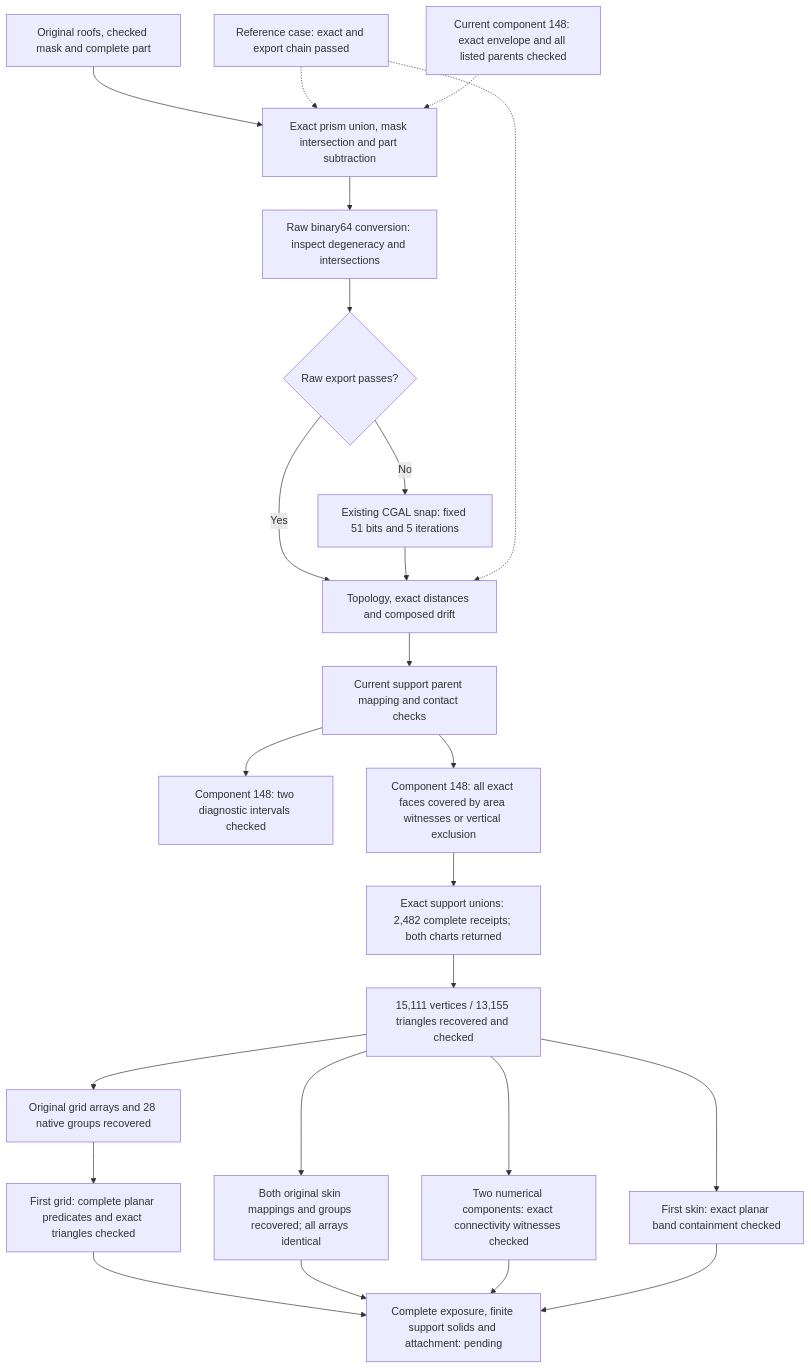
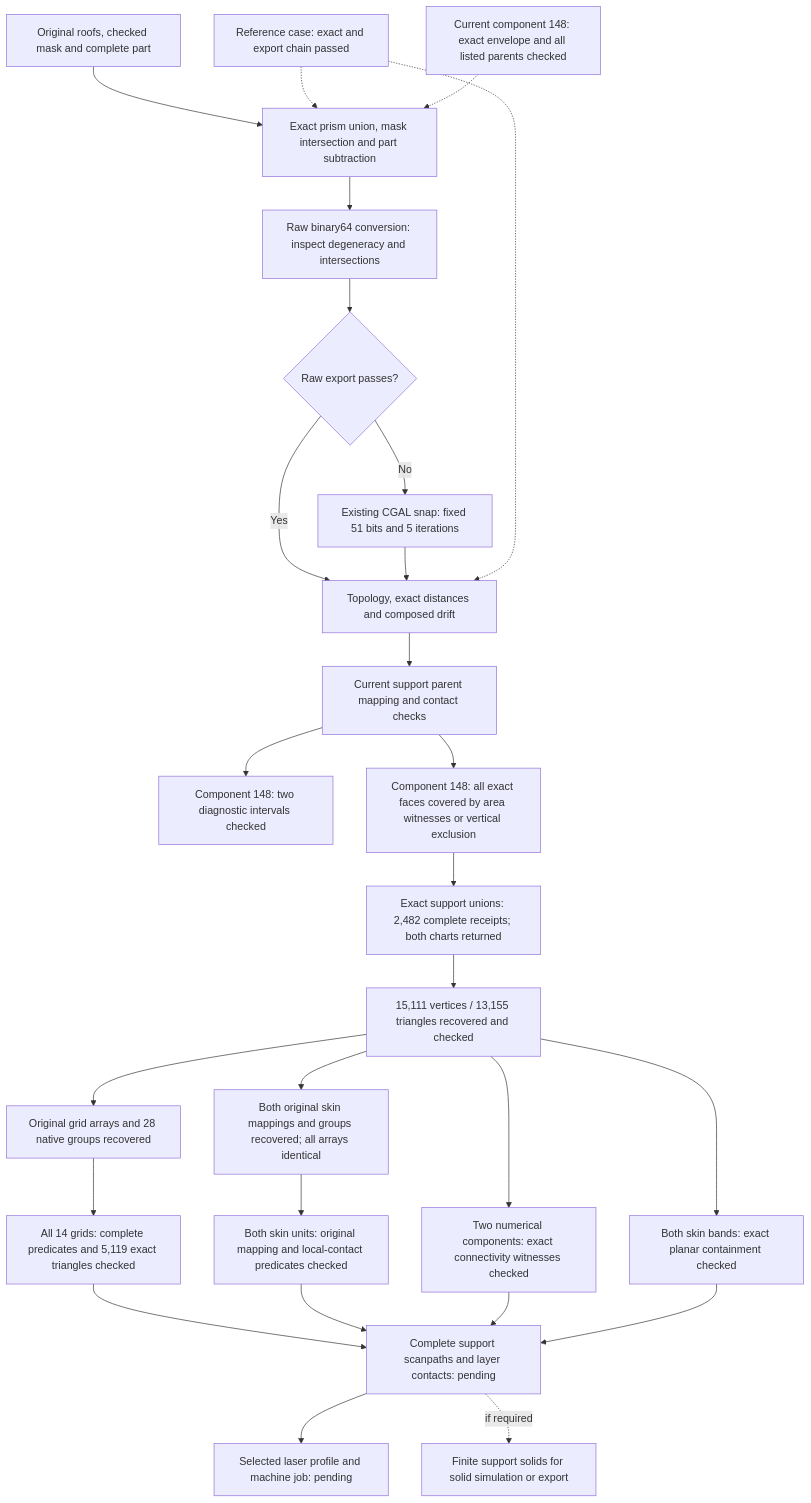
Before and after one commit to cluster2600/porscheparts: the diagram in docs/reports/carrier-current-support-projection-20261107.md, drawn with Mermaid. The commit also changed other lines of this file and 3 other files, not shown here.

Commit message:
Record complete current grid and skin unit checks

````diff
--- a/docs/reports/carrier-current-support-projection-20261107.md
+++ b/docs/reports/carrier-current-support-projection-20261107.md
@@ -589,26 +654,29 @@
 ```mermaid
 flowchart TB
     INPUT["Original roofs, checked mask and complete part"] --> EXACT["Exact prism union, mask intersection and part subtraction"]
     EXACT --> RAW["Raw binary64 conversion: inspect degeneracy and intersections"]
     RAW --> EXPORT{"Raw export passes?"}
     EXPORT -->|"No"| SNAP["Existing CGAL snap: fixed 51 bits and 5 iterations"]
     EXPORT -->|"Yes"| CHECK
     SNAP --> CHECK["Topology, exact distances and composed drift"]
     CHECK --> CONTACT["Current support parent mapping and contact checks"]
     CONTACT --> SECTION["Component 148: two diagnostic intervals checked"]
     CONTACT --> FULL["Component 148: all exact faces covered by area witnesses or vertical exclusion"]
     FULL --> UNIONS["Exact support unions: 2,482 complete receipts; both charts returned"]
     UNIONS --> SHEETS["15,111 vertices / 13,155 triangles recovered and checked"]
     SHEETS --> GRAPH["Two numerical components: exact connectivity witnesses checked"]
-    SHEETS --> BAND["First skin: exact planar band containment checked"]
+    SHEETS --> BAND["Both skin bands: exact planar containment checked"]
     SHEETS --> GRID["Original grid arrays and 28 native groups recovered"]
     SHEETS --> SKINS["Both original skin mappings and groups recovered; all arrays identical"]
-    GRID --> UNITS["First grid: complete planar predicates and exact triangles checked"]
+    GRID --> UNITS["All 14 grids: complete predicates and 5,119 exact triangles checked"]
     UNITS --> MATERIAL
-    SKINS --> MATERIAL
-    GRAPH --> MATERIAL["Complete exposure, finite support solids and attachment: pending"]
+    SKINS --> SKINUNITS["Both skin units: original mapping and local-contact predicates checked"]
+    SKINUNITS --> MATERIAL
+    GRAPH --> MATERIAL["Complete support scanpaths and layer contacts: pending"]
     BAND --> MATERIAL
+    MATERIAL --> JOB["Selected laser profile and machine job: pending"]
+    MATERIAL -. if required .-> SOLID["Finite support solids for solid simulation or export"]
     CONTROL["Reference case: exact and export chain passed"] -.-> EXACT
     CONTROL -.-> CHECK
     CURRENT["Current component 148: exact envelope and all listed parents checked"] -.-> EXACT
 ```
````
